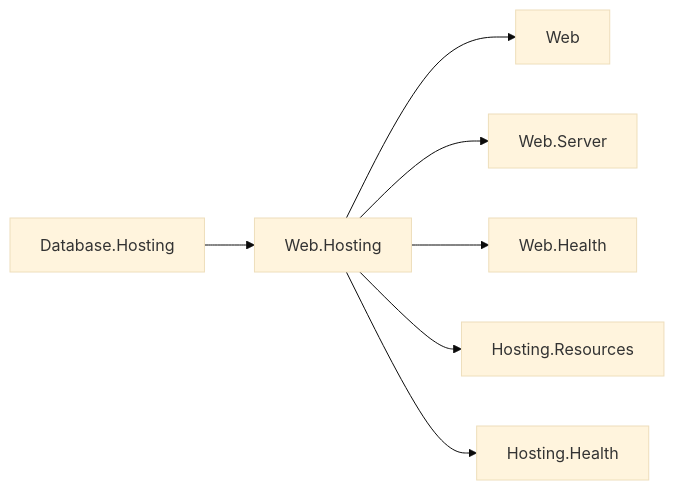
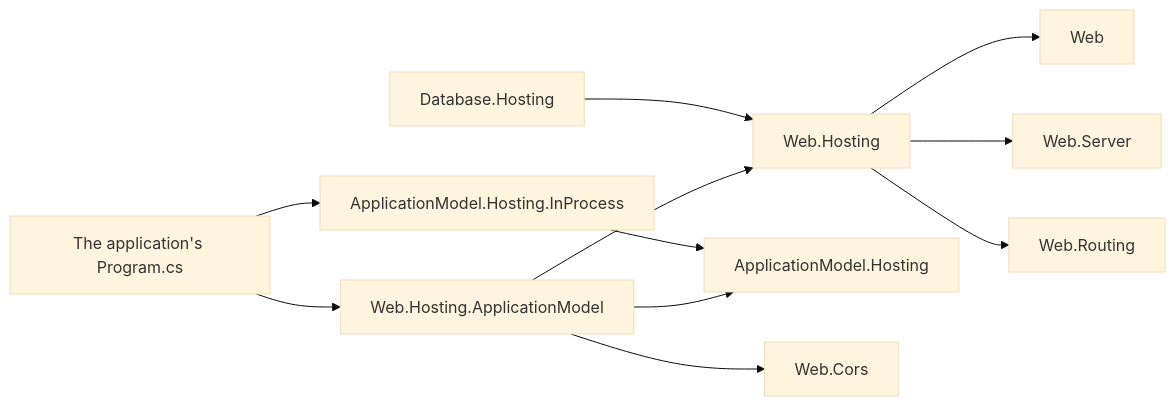
The diagram in docs/resources/Web/DESIGN.md (assimalign/cohesion), drawn with Mermaid (base theme) before and after one commit. The commit also changed other lines of this file and 22 other files, not shown here.

Commit message:
docs: remove the old application-model design from the rules and docs

````diff
--- a/docs/resources/Web/DESIGN.md
+++ b/docs/resources/Web/DESIGN.md
@@ -34,9 +28,13 @@
 ```mermaid
 flowchart LR
-    DbHost["Database.Hosting"] --> WebHost["Web.Hosting"]
+    App["The application's Program.cs"] --> WHA["Web.Hosting.ApplicationModel"]
+    App --> Platform["ApplicationModel.Hosting.InProcess"]
+    WHA --> WebHost["Web.Hosting"]
+    WHA --> Instance["ApplicationModel.Hosting"]
+    WHA --> Cors["Web.Cors"]
+    Platform --> Instance
     WebHost --> Web["Web"]
     WebHost --> Server["Web.Server"]
-    WebHost --> Health["Web.Health"]
-    WebHost --> Resources["Hosting.Resources"]
-    WebHost --> Contributors["Hosting.Health"]
+    WebHost --> Routing["Web.Routing"]
+    DbHost["Database.Hosting"] --> WebHost
 ```
````
